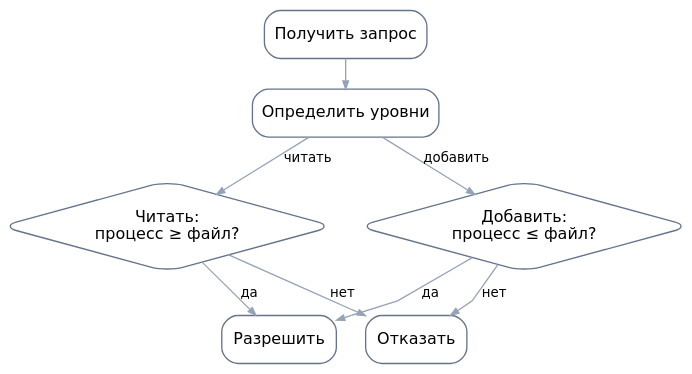
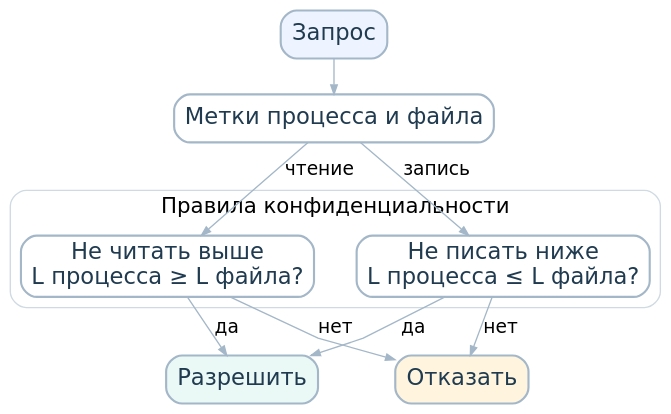
Before and after one commit to BSU-RFCT-Afonenko-Courses/Cybersecurity: the diagram in shared/visualizations/access-control/mac/graphs/algorithm.dot, drawn with Graphviz. The commit also changed 55 other files, not shown here.

```diff
--- a/shared/visualizations/access-control/mac/graphs/algorithm.dot
+++ b/shared/visualizations/access-control/mac/graphs/algorithm.dot
@@ -1,18 +1,21 @@
 digraph policy {
-  graph [rankdir=TB, bgcolor="transparent", pad="0.12", nodesep="0.25", ranksep="0.3", splines=polyline];
-  node [shape=box, style=rounded, fontname="DejaVu Sans", fontsize=12, color="#64748b"];
-  edge [fontname="DejaVu Sans", fontsize=10, color="#94a3b8", arrowsize=0.6];
-  request [id="request",label="Получить запрос"];
-  levels [id="levels",label="Определить уровни"];
-  read [id="read-rule",label="Читать:\nпроцесс ≥ файл?",shape=diamond];
-  write [id="write-rule",label="Добавить:\nпроцесс ≤ файл?",shape=diamond];
-  allow [id="allow",label="Разрешить"];
-  deny [id="deny",label="Отказать"];
-  request -> levels;
-  levels -> read [label="читать"];
-  levels -> write [label="добавить"];
-  read -> allow [label="да"];
-  read -> deny [label="нет"];
-  write -> allow [label="да"];
-  write -> deny [label="нет"];
+ graph [rankdir=TB,bgcolor="transparent",pad="0.12",nodesep="0.45",ranksep="0.35",splines=polyline];
+ node [shape=box,style="rounded,filled",fillcolor="white",fontname="DejaVu Sans",fontsize=17,color="#a4b7c8",fontcolor="#203b50",penwidth=1.6];
+ edge [fontname="DejaVu Sans",fontsize=14,color="#a4b7c8",arrowsize=.7];
+ request [id="request",label="Запрос",fillcolor="#edf4ff"];
+ levels [id="levels",label="Метки процесса и файла"];
+ subgraph cluster_rules {label="Правила конфиденциальности";fontname="DejaVu Sans";fontsize=16;color="#cfdae3";style="rounded";
+ read [id="read-rule",label="Не читать выше\nL процесса ≥ L файла?",shape=box];
+ write [id="write-rule",label="Не писать ниже\nL процесса ≤ L файла?",shape=box];
+ {rank=same;read;write;}}
+ allow [id="allow",label="Разрешить",fillcolor="#eaf8f6"];
+ deny [id="deny",label="Отказать",fillcolor="#fff5df"];
+ {rank=same;allow;deny;}
+ request -> levels [id="flow-request-levels"];
+ levels -> read [label="чтение",id="flow-levels-read-rule"];
+ levels -> write [label="запись",id="flow-levels-write-rule"];
+ read -> allow [label="да",id="flow-read-rule-allow"];
+ read -> deny [label="нет",id="flow-read-rule-deny"];
+ write -> allow [label="да",id="flow-write-rule-allow"];
+ write -> deny [label="нет",id="flow-write-rule-deny"];
 }
```
